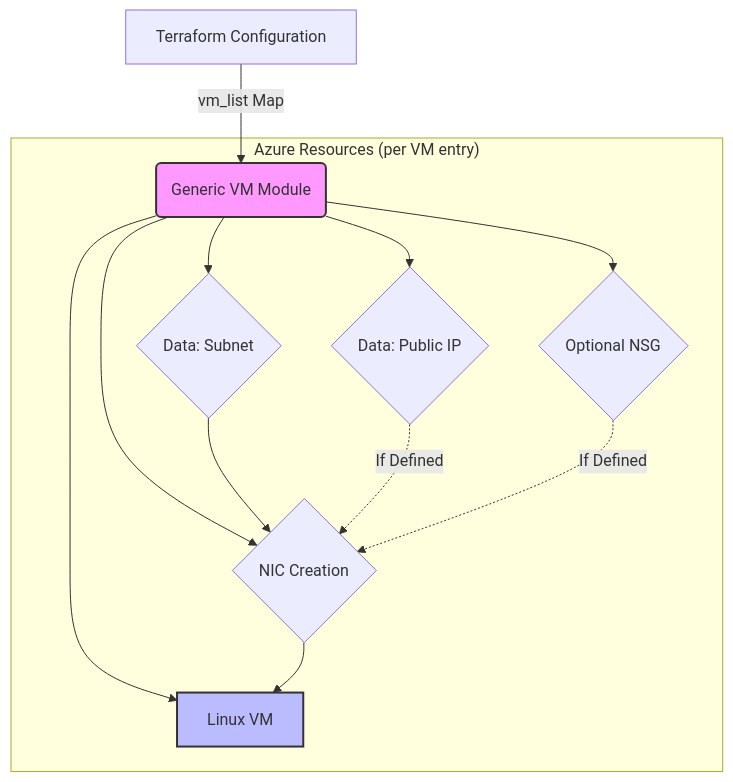
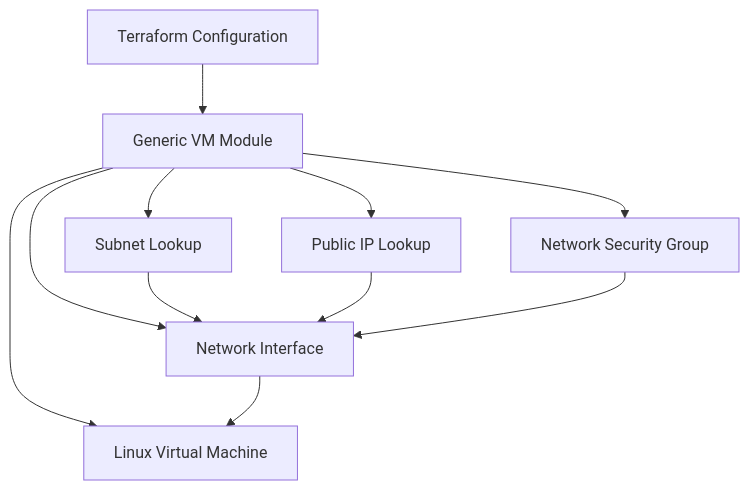
One commit to Pjaisw1103/Azurerm_Virtual_Machine changed the diagram in README.md. Above: the diagram before and after it, drawn with Mermaid. The commit also changed other lines of this file, not shown here.

````diff
--- a/README.md
+++ b/README.md
@@ -7,20 +47,18 @@
 ```mermaid
-graph TD
-    A[Terraform Configuration] -->|vm_list Map| B(Generic VM Module)
-    
-    subgraph "Azure Resources (per VM entry)"
-        B --> C{NIC Creation}
-        B --> D[Linux VM]
-        B --> E{Optional NSG}
-        B --> F{Data: Subnet}
-        B --> G{Data: Public IP}
-        
-        F --> C
-        G -.->|If Defined| C
-        E -.->|If Defined| C
-        C --> D
-    end
-    
-    style B fill:#f9f,stroke:#333,stroke-width:2px
-    style D fill:#bbf,stroke:#333,stroke-width:2px
+flowchart TD
+
+A[Terraform Configuration]
+--> B[Generic VM Module]
+
+B --> C[Network Interface]
+B --> D[Linux Virtual Machine]
+B --> E[Network Security Group]
+B --> F[Subnet Lookup]
+B --> G[Public IP Lookup]
+
+F --> C
+G --> C
+E --> C
+
+C --> D
 ```
````
